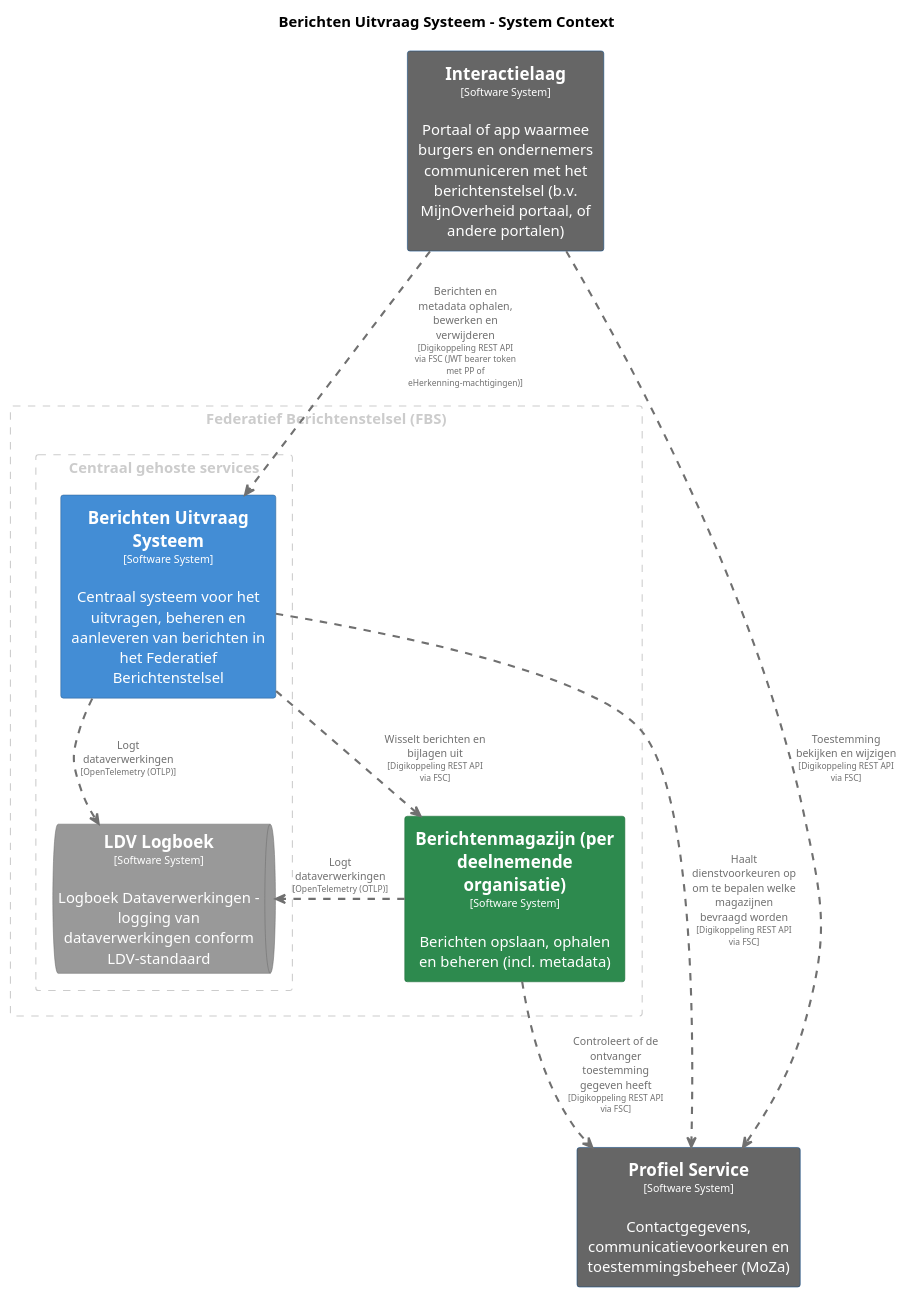
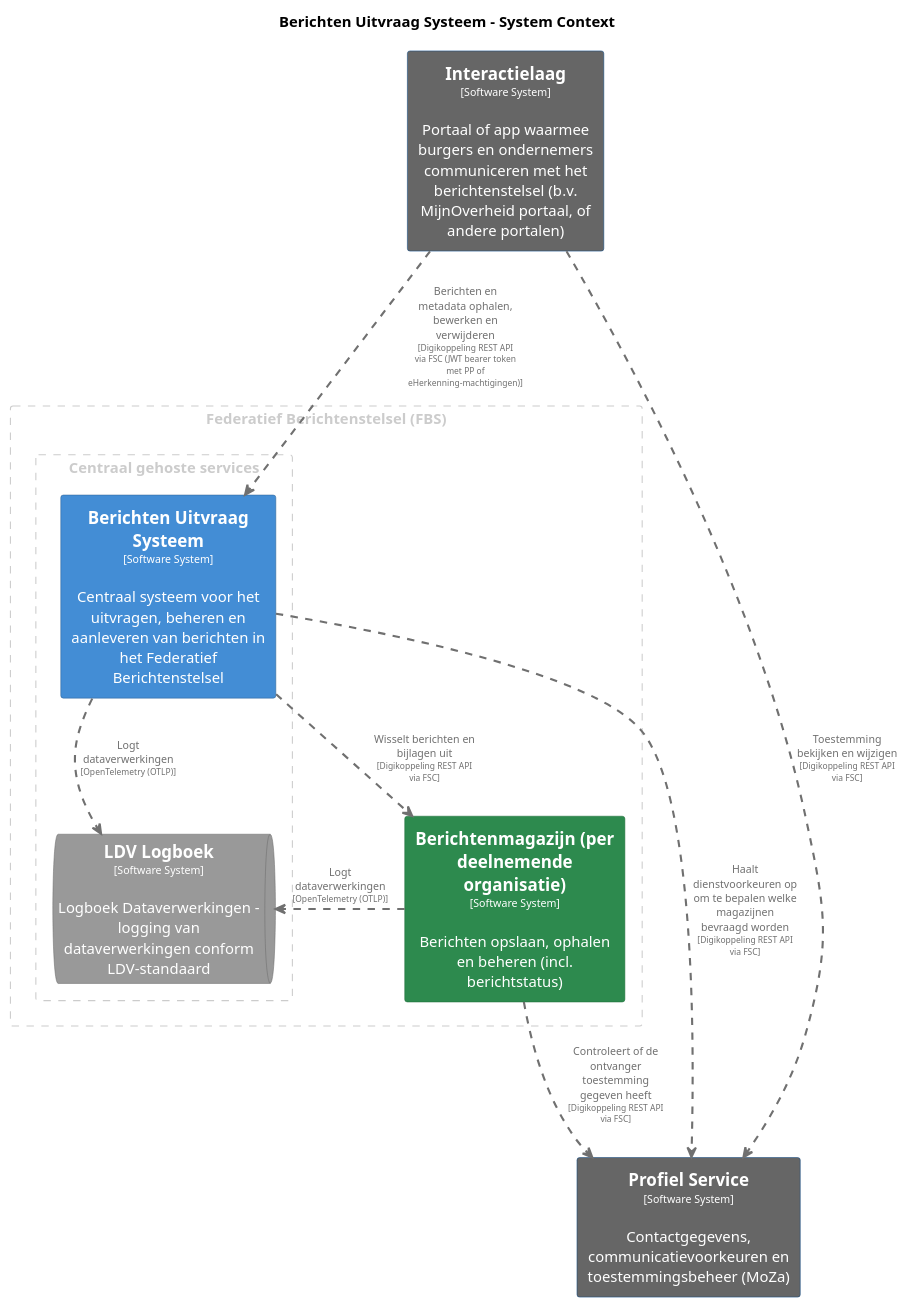
One commit to MinBZK/moza-poc-fbs-berichtenbox changed the diagram in pr-preview/pr-22/master/puml/BerichtenUitvraagSysteem.puml. Above: the diagram before and after it, drawn with PlantUML. The commit also changed 49 other files, not shown here.

```diff
--- a/pr-preview/pr-22/master/puml/BerichtenUitvraagSysteem.puml
+++ b/pr-preview/pr-22/master/puml/BerichtenUitvraagSysteem.puml
@@ -1,76 +1,76 @@
 @startuml
 set separator none
 title Berichten Uitvraag Systeem - System Context
 
 top to bottom direction
 skinparam ranksep 60
 skinparam nodesep 30
 
 skinparam {
   arrowFontSize 10
   defaultTextAlignment center
   wrapWidth 200
   maxMessageSize 100
 }
 
 hide stereotype
 
 skinparam rectangle<<BerichtenUitvraagSysteem>> {
   BackgroundColor #438dd5
   FontColor #ffffff
   BorderColor #2e6295
   shadowing false
 }
 skinparam rectangle<<Berichtenmagazijnperdeelnemendeorganisatie>> {
   BackgroundColor #2d8a4e
   FontColor #ffffff
   BorderColor #1e6b38
   shadowing false
 }
 skinparam rectangle<<Interactielaag>> {
   BackgroundColor #666666
   FontColor #ffffff
   BorderColor #0b4884
   shadowing false
 }
 skinparam queue<<LDVLogboek>> {
   BackgroundColor #999999
   FontColor #ffffff
   BorderColor #6b6b6b
   shadowing false
 }
 skinparam rectangle<<ProfielService>> {
   BackgroundColor #666666
   FontColor #ffffff
   BorderColor #0b4884
   shadowing false
 }
 
 rectangle "Federatief Berichtenstelsel (FBS)" <<group1>> as group1 {
   skinparam RectangleBorderColor<<group1>> #cccccc
   skinparam RectangleFontColor<<group1>> #cccccc
   skinparam RectangleBorderStyle<<group1>> dashed
 
-  rectangle "==Berichtenmagazijn (per deelnemende organisatie)\n<size:10>[Software System]</size>\n\nBerichten opslaan, ophalen en beheren (incl. metadata)" <<Berichtenmagazijnperdeelnemendeorganisatie>> as Berichtenmagazijnperdeelnemendeorganisatie
+  rectangle "==Berichtenmagazijn (per deelnemende organisatie)\n<size:10>[Software System]</size>\n\nBerichten opslaan, ophalen en beheren (incl. berichtstatus)" <<Berichtenmagazijnperdeelnemendeorganisatie>> as Berichtenmagazijnperdeelnemendeorganisatie
     rectangle "Centraal gehoste services" <<group2>> as group2 {
       skinparam RectangleBorderColor<<group2>> #cccccc
       skinparam RectangleFontColor<<group2>> #cccccc
       skinparam RectangleBorderStyle<<group2>> dashed
 
       rectangle "==Berichten Uitvraag Systeem\n<size:10>[Software System]</size>\n\nCentraal systeem voor het uitvragen, beheren en aanleveren van berichten in het Federatief Berichtenstelsel" <<BerichtenUitvraagSysteem>> as BerichtenUitvraagSysteem
       queue "==LDV Logboek\n<size:10>[Software System]</size>\n\nLogboek Dataverwerkingen - logging van dataverwerkingen conform LDV-standaard" <<LDVLogboek>> as LDVLogboek
     }
 
 }
 
 rectangle "==Profiel Service\n<size:10>[Software System]</size>\n\nContactgegevens, communicatievoorkeuren en toestemmingsbeheer (MoZa)" <<ProfielService>> as ProfielService
 rectangle "==Interactielaag\n<size:10>[Software System]</size>\n\nPortaal of app waarmee burgers en ondernemers communiceren met het berichtenstelsel (b.v. MijnOverheid portaal, of andere portalen)" <<Interactielaag>> as Interactielaag
 
 BerichtenUitvraagSysteem .[#707070,thickness=2].> ProfielService : "<color:#707070>Haalt dienstvoorkeuren op om te bepalen welke magazijnen bevraagd worden\n<color:#707070><size:8>[Digikoppeling REST API via FSC]</size>"
 Berichtenmagazijnperdeelnemendeorganisatie .[#707070,thickness=2].> LDVLogboek : "<color:#707070>Logt dataverwerkingen\n<color:#707070><size:8>[OpenTelemetry (OTLP)]</size>"
 BerichtenUitvraagSysteem .[#707070,thickness=2].> LDVLogboek : "<color:#707070>Logt dataverwerkingen\n<color:#707070><size:8>[OpenTelemetry (OTLP)]</size>"
 BerichtenUitvraagSysteem .[#707070,thickness=2].> Berichtenmagazijnperdeelnemendeorganisatie : "<color:#707070>Wisselt berichten en bijlagen uit\n<color:#707070><size:8>[Digikoppeling REST API via FSC]</size>"
 Interactielaag .[#707070,thickness=2].> BerichtenUitvraagSysteem : "<color:#707070>Berichten en metadata ophalen, bewerken en verwijderen\n<color:#707070><size:8>[Digikoppeling REST API via FSC (JWT bearer token met PP of eHerkenning-machtigingen)]</size>"
 Interactielaag .[#707070,thickness=2].> ProfielService : "<color:#707070>Toestemming bekijken en wijzigen\n<color:#707070><size:8>[Digikoppeling REST API via FSC]</size>"
 Berichtenmagazijnperdeelnemendeorganisatie .[#707070,thickness=2].> ProfielService : "<color:#707070>Controleert of de ontvanger toestemming gegeven heeft\n<color:#707070><size:8>[Digikoppeling REST API via FSC]</size>"
 @enduml
```
